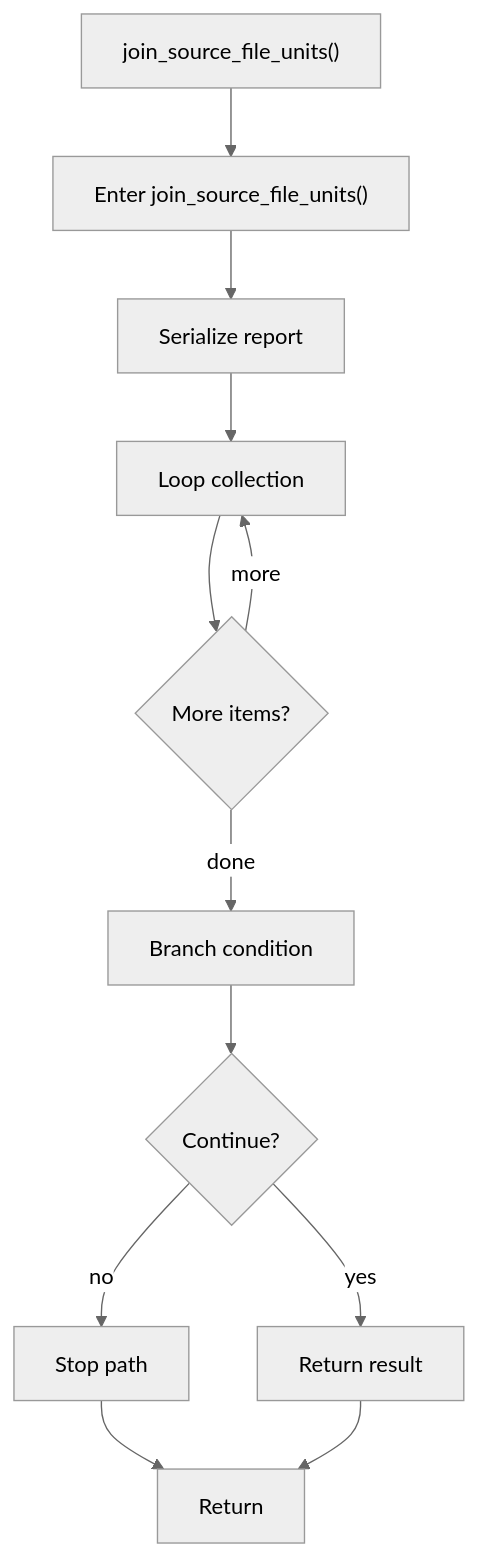
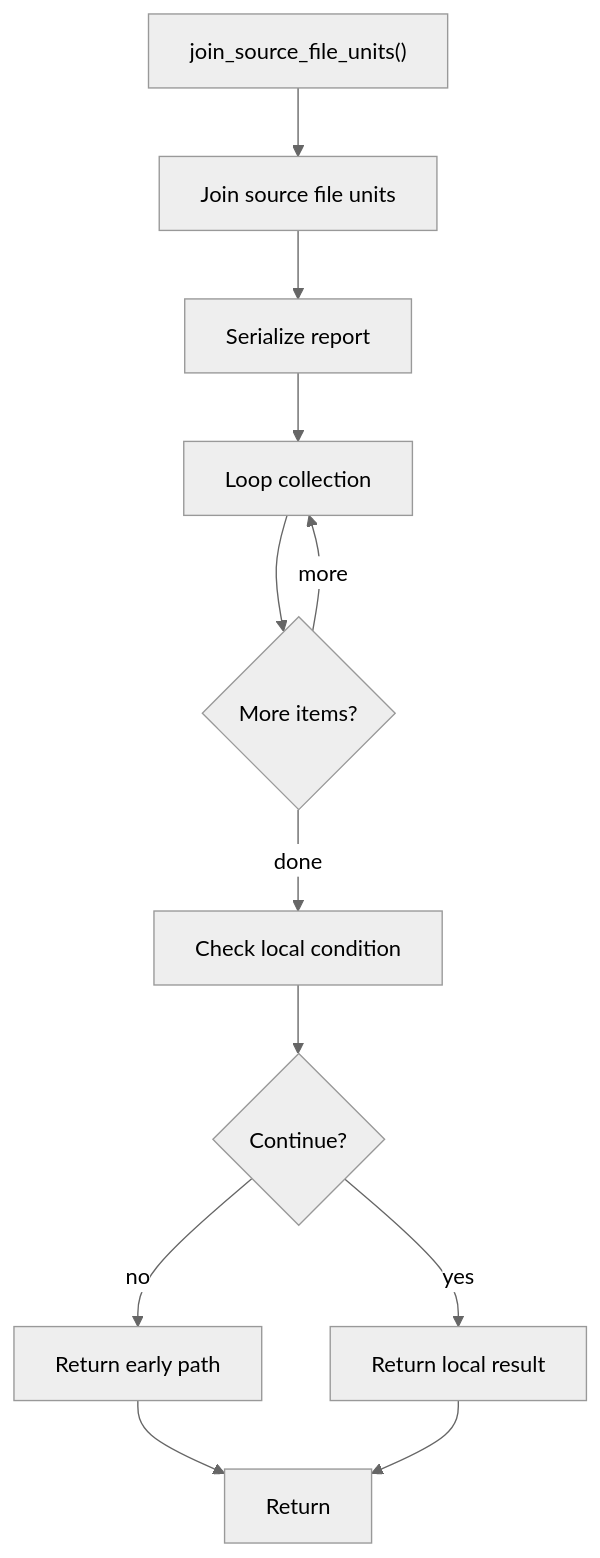
Before and after one commit to JohnAndrewBalbarosa/NeoTerritory: the sixth of 6 diagrams in docs/Codebase/Microservice/Modules/Source/Analysis/Input/source_reader.cpp.md, drawn with Mermaid (neutral theme). The commit also changed other lines of this file and 925 other files, not shown here.

````diff
--- a/docs/Codebase/Microservice/Modules/Source/Analysis/Input/source_reader.cpp.md
+++ b/docs/Codebase/Microservice/Modules/Source/Analysis/Input/source_reader.cpp.md
@@ -184,24 +183,24 @@
 ```mermaid
 flowchart TD
     Start["join_source_file_units()"]
-    N0["Enter join_source_file_units()"]
+    N0["Join source file units"]
     N1["Serialize report"]
     N2["Loop collection"]
     L2{"More items?"}
-    N3["Branch condition"]
+    N3["Check local condition"]
     D3{"Continue?"}
-    R3["Stop path"]
-    N4["Return result"]
+    R3["Return early path"]
+    N4["Return local result"]
     End["Return"]
     Start --> N0
     N0 --> N1
     N1 --> N2
     N2 --> L2
     L2 -->|more| N2
     L2 -->|done| N3
     N3 --> D3
     D3 -->|yes| N4
     D3 -->|no| R3
     R3 --> End
     N4 --> End
 ```
````
